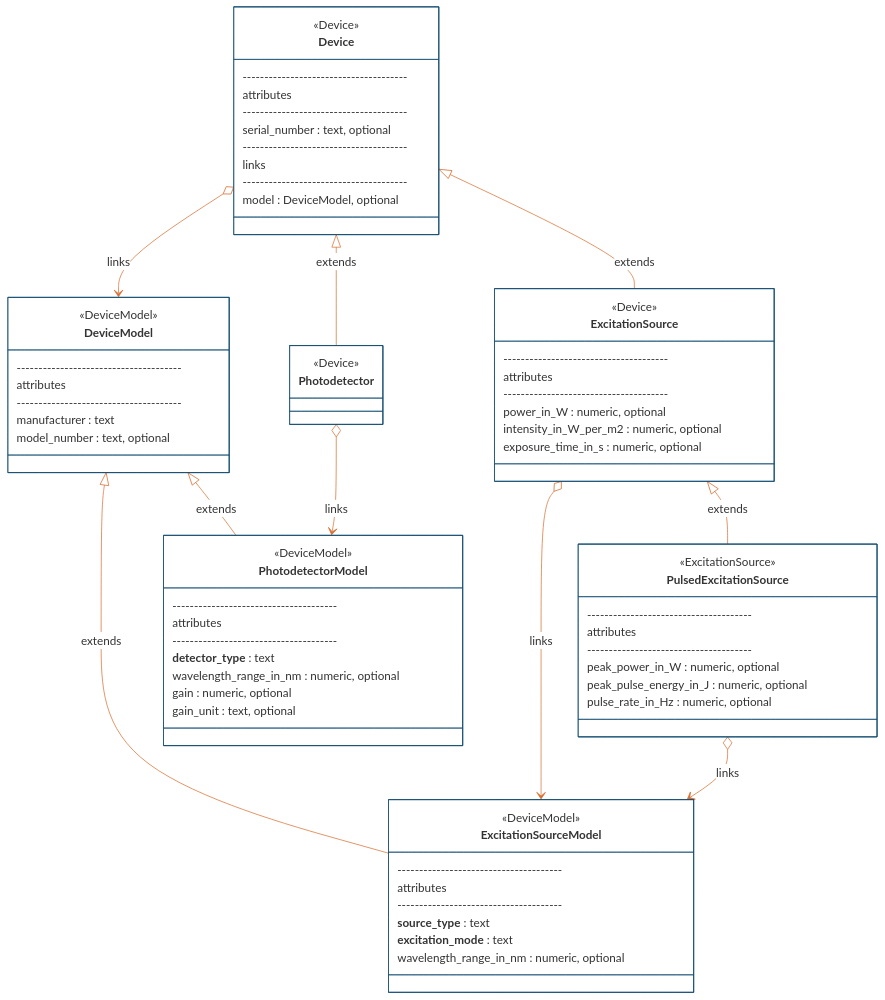
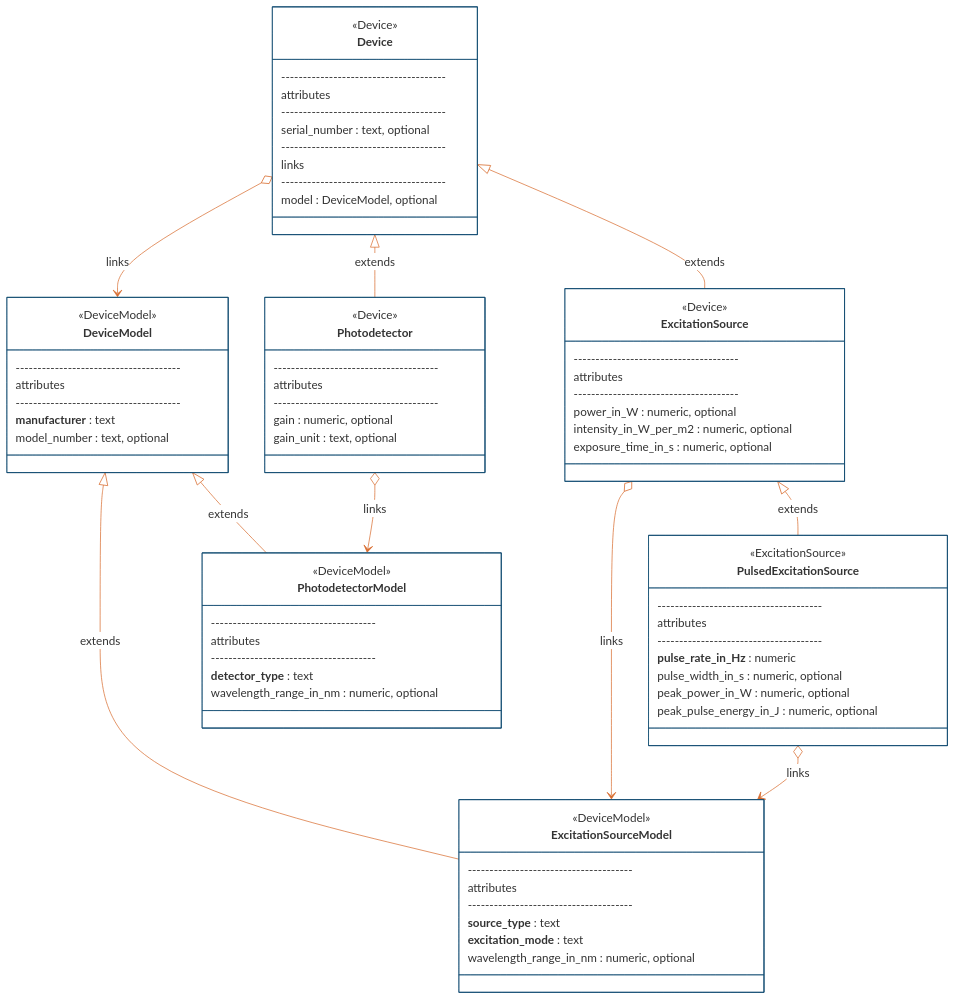
One commit to catalystneuro/ndx-ophys-devices changed the second of 4 diagrams in README.md. Above: the diagram before and after it, drawn with Mermaid. The commit also changed other lines of this file and 23 other files, not shown here.

````diff
--- a/README.md
+++ b/README.md
@@ -400,17 +430,17 @@
 ```mermaid
-%%{init: {'theme': 'base', 'themeVariables': {'primaryColor': '#ffffff', "primaryBorderColor': '#144E73', 'lineColor': '#D96F32'}}}%%
+%%{init: {'theme': 'base', 'themeVariables': {'primaryColor': '#ffffff', 'primaryBorderColor': '#144E73', 'lineColor': '#D96F32'}}}%%
 classDiagram
     direction TB
-    
+
     class DeviceModel{
         <<DeviceModel>>
         --------------------------------------
         attributes
         --------------------------------------
-        manufacturer : text
+        **manufacturer** : text
         model_number : text, optional
     }
-    
+
     class Device{
         <<Device>>
         --------------------------------------
@@ -422,7 +452,7 @@
         --------------------------------------
         model : DeviceModel, optional
     }
-    
+
     class ExcitationSourceModel{
         <<DeviceModel>>
         --------------------------------------
@@ -432,7 +462,7 @@
         **excitation_mode** : text
         wavelength_range_in_nm : numeric, optional
     }
-    
+
     class ExcitationSource{
         <<Device>>
         --------------------------------------
@@ -442,17 +472,18 @@
         intensity_in_W_per_m2 : numeric, optional
         exposure_time_in_s : numeric, optional
     }
-    
+
     class PulsedExcitationSource{
         <<ExcitationSource>>
         --------------------------------------
         attributes
         --------------------------------------
+        **pulse_rate_in_Hz** : numeric
+        pulse_width_in_s : numeric, optional
         peak_power_in_W : numeric, optional
         peak_pulse_energy_in_J : numeric, optional
-        pulse_rate_in_Hz : numeric, optional
     }
-    
+
     class PhotodetectorModel{
         <<DeviceModel>>
         --------------------------------------
@@ -460,14 +491,17 @@
         --------------------------------------
         **detector_type** : text
         wavelength_range_in_nm : numeric, optional
+    }
+
+    class Photodetector{
+        <<Device>>
+        --------------------------------------
+        attributes
+        --------------------------------------
         gain : numeric, optional
         gain_unit : text, optional
     }
-    
-    class Photodetector{
-        <<Device>>
-    }
-    
+
     Device o--> DeviceModel : links
 
     DeviceModel <|-- ExcitationSourceModel : extends
````
